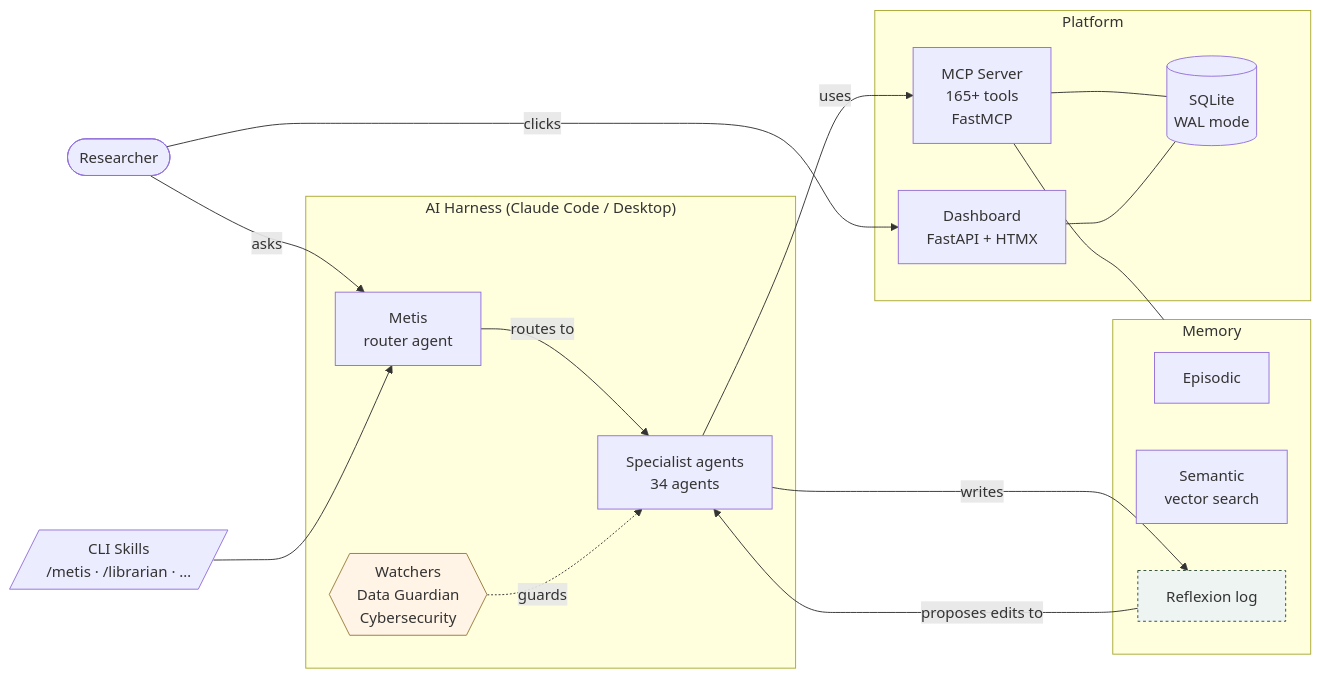
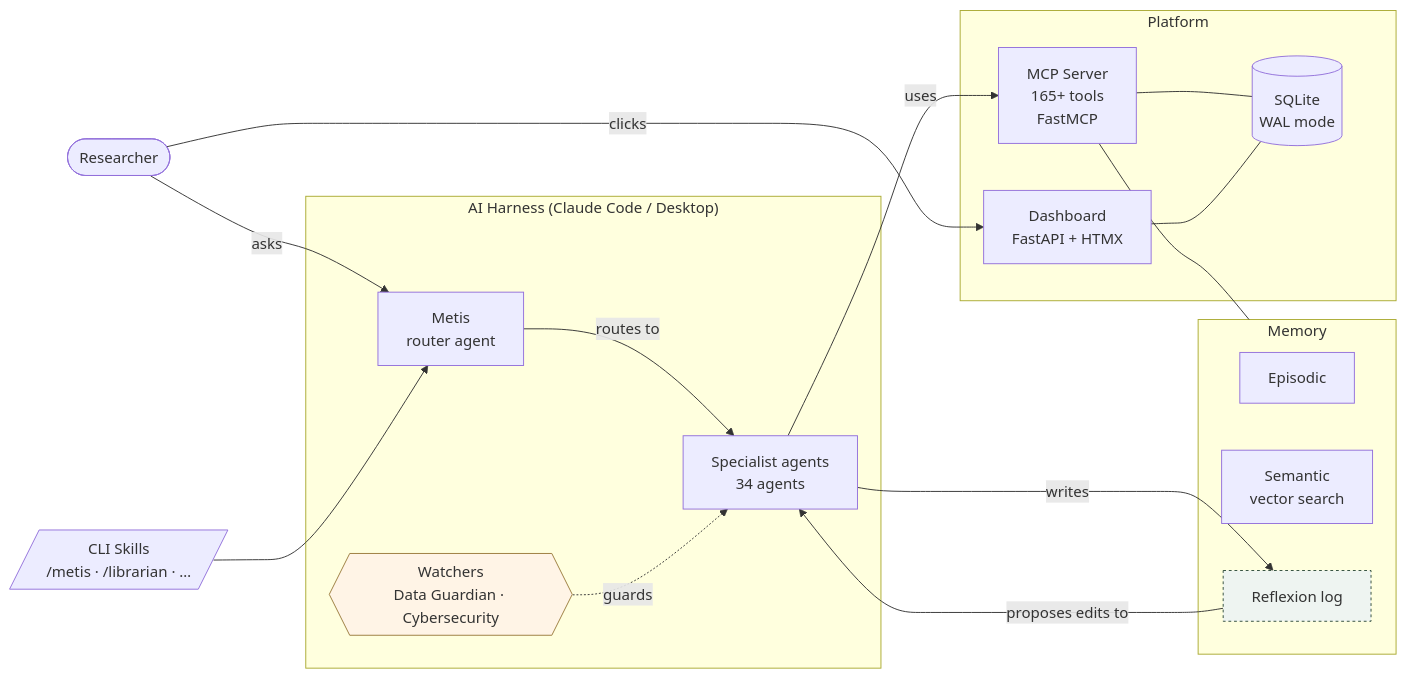
The diagram in README.md (SVerITG/Metis), drawn with Mermaid before and after one commit. The commit also changed other lines of this file, not shown here.

First line of the commit message:
docs(readme): full rewrite — dual-audience, Design Philosophy, updated roadmap

````diff
--- a/README.md
+++ b/README.md
@@ -638,35 +348,35 @@
 ```mermaid
 flowchart LR
     U([Researcher])
     subgraph Harness["AI Harness (Claude Code / Desktop)"]
         METIS[Metis\nrouter agent]
         AGENTS[Specialist agents\n34 agents]
-        WATCHERS{{Watchers\nData Guardian\nCybersecurity}}
+        WATCHERS{{Watchers\nData Guardian · Cybersecurity}}
     end
     subgraph Platform
         MCP[MCP Server\n165+ tools\nFastMCP]
         DASH[Dashboard\nFastAPI + HTMX]
         DB[(SQLite\nWAL mode)]
     end
     subgraph Memory
         EPIS[Episodic]
         SEM[Semantic\nvector search]
         REFLEX[Reflexion log]
     end
     Skills[/CLI Skills\n/metis · /librarian · …/]
 
     U -->|asks| METIS
     U -->|clicks| DASH
     METIS -->|routes to| AGENTS
     AGENTS -->|uses| MCP
     MCP --- DB
     DASH --- DB
     WATCHERS -.guards.-> AGENTS
     AGENTS -->|writes| REFLEX
     REFLEX -->|proposes edits to| AGENTS
     MCP --- Memory
     Skills --> METIS
 
     style WATCHERS fill:#fff4e6,stroke:#9a7b3c
     style REFLEX fill:#eef4f1,stroke:#2d4a3a,stroke-dasharray:3 3
 ```
````
